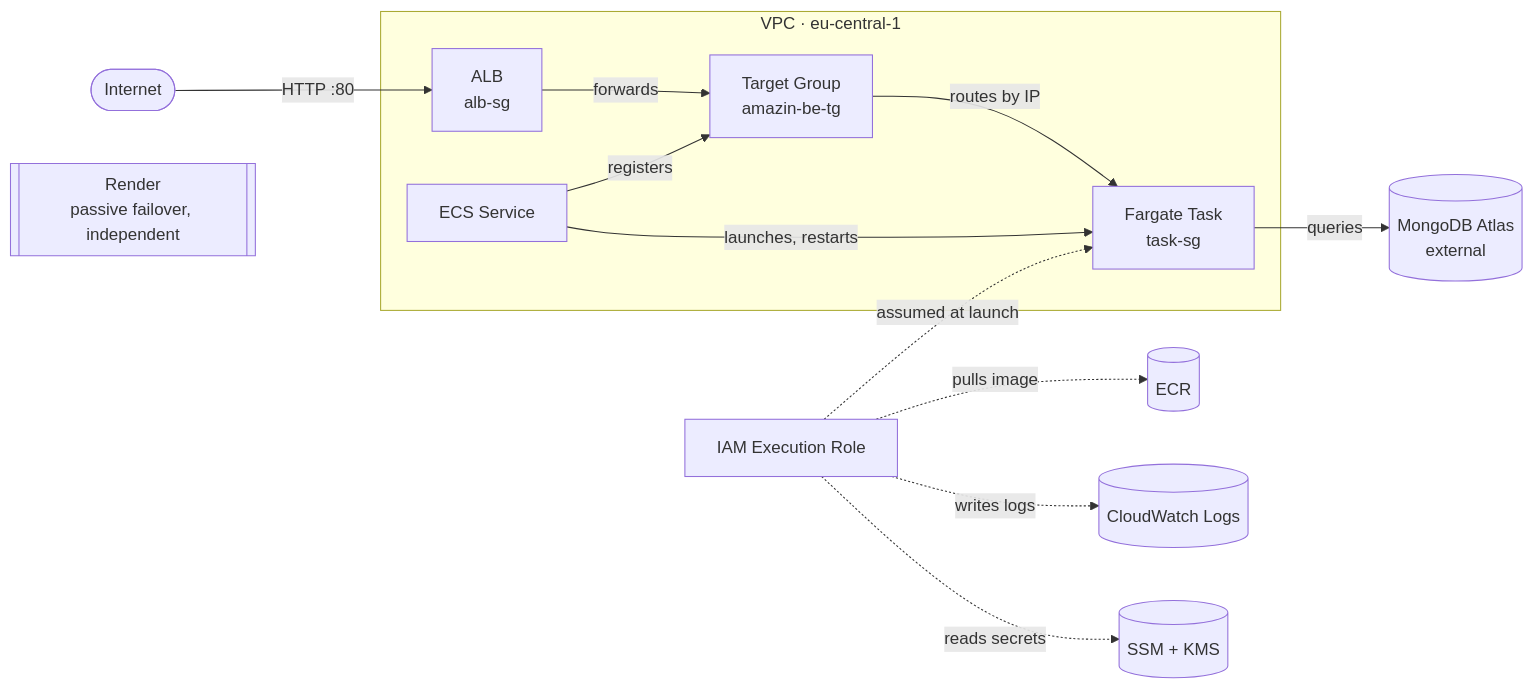
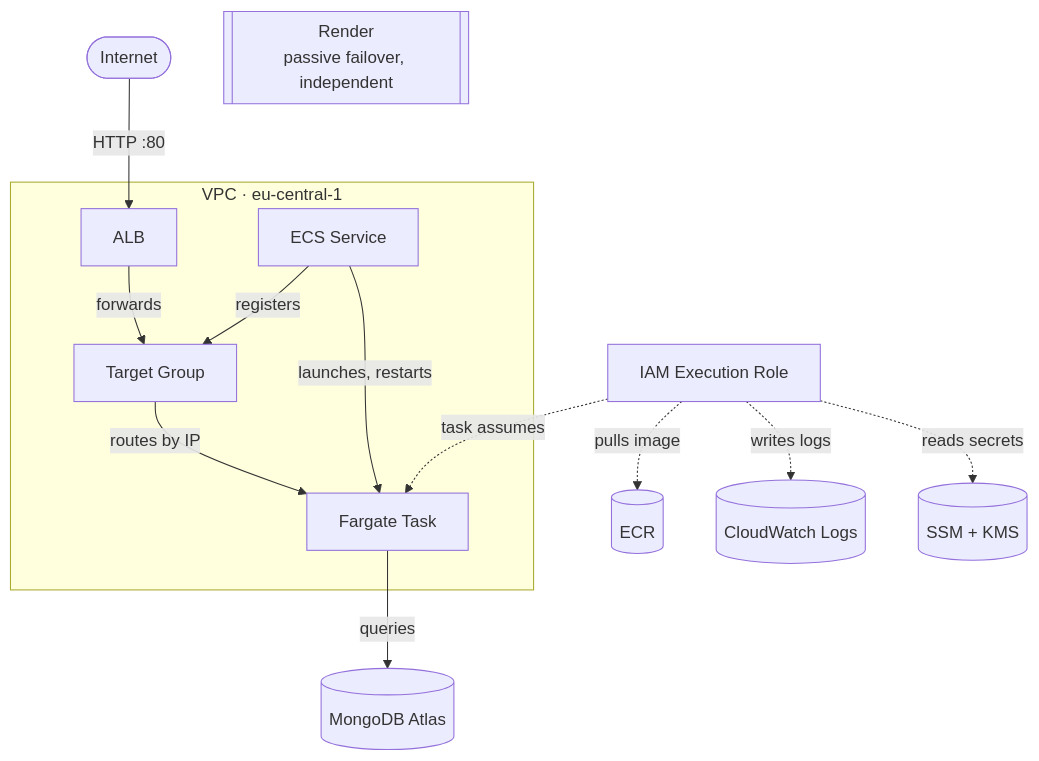
One commit to ntrix/amazin-be changed the first of 2 diagrams in README.md. Above: the diagram before and after it, drawn with Mermaid. The commit also changed other lines of this file, not shown here.

Commit message:
docs(readme): align both diagrams to the same layout/orientation for easier comparison

````diff
--- a/README.md
+++ b/README.md
@@ -74,21 +74,23 @@
 ```mermaid
-flowchart LR
-  Internet([Internet]) -->|"HTTP :80"| ALB["ALB<br/>alb-sg"]
-  ALB -->|forwards| TG["Target Group<br/>amazin-be-tg"]
-  TG -->|"routes by IP"| Task["Fargate Task<br/>task-sg"]
-  Task -->|queries| Mongo[("MongoDB Atlas<br/>external")]
+flowchart TB
+  Internet([Internet]) -->|"HTTP :80"| ALB["ALB"]
+  ALB -->|forwards| TG["Target Group"]
+  TG -->|"routes by IP"| Task["Fargate Task"]
+  Task -->|queries| Mongo[("MongoDB Atlas")]
   Service["ECS Service"] -->|"launches, restarts"| Task
   Service -->|registers| TG
-  Role["IAM Execution Role"] -. "assumed at launch" .-> Task
+
+  Role["IAM Execution Role"] -. "task assumes" .-> Task
   Role -. "pulls image" .-> ECR[("ECR")]
   Role -. "writes logs" .-> Logs[("CloudWatch Logs")]
   Role -. "reads secrets" .-> SSM[("SSM + KMS")]
+
   Render[["Render<br/>passive failover, independent"]]
 
   subgraph VPC["VPC · eu-central-1"]
     ALB
     TG
     Task
     Service
   end
 ```
````
